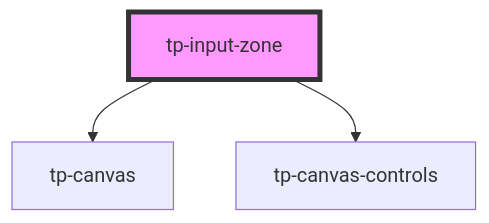
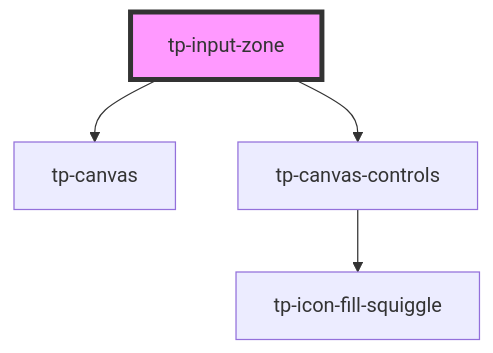
The diagram in packages/byfo-components/src/components/tp-input-zone/readme.md (Jacob-Griffin/TelephonePictionaryStencilVue), drawn with Mermaid before and after one commit. The commit also changed 6 other files, not shown here.

Commit message:
Refactor canvas controls and use squiggles

````diff
--- a/packages/byfo-components/src/components/tp-input-zone/readme.md
+++ b/packages/byfo-components/src/components/tp-input-zone/readme.md
@@ -25,6 +25,7 @@
 ```mermaid
 graph TD;
   tp-input-zone --> tp-canvas
   tp-input-zone --> tp-canvas-controls
+  tp-canvas-controls --> tp-icon-fill-squiggle
   style tp-input-zone fill:#f9f,stroke:#333,stroke-width:4px
 ```
````
